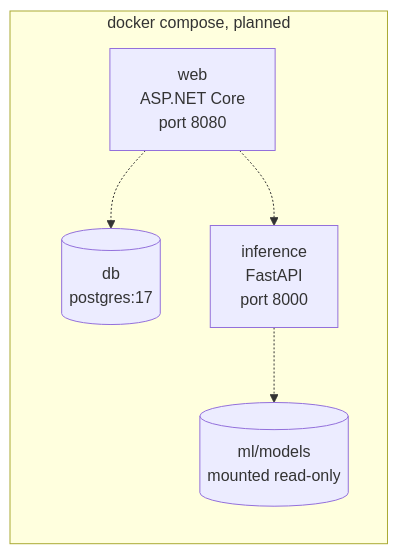
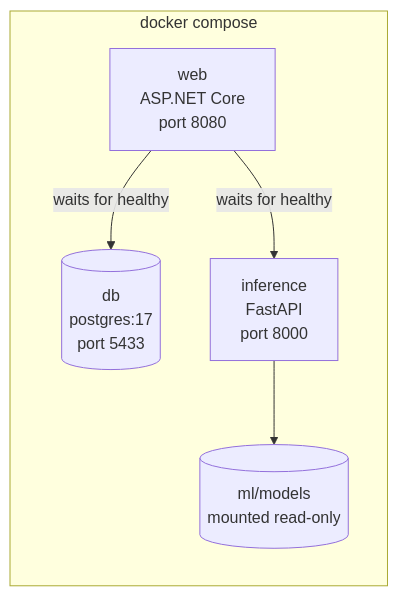
The second of 2 diagrams in architecture/02-containers.md (dejan3dejan/credit-scoring-dss), drawn with Mermaid before and after one commit. The commit also changed other lines of this file and 41 other files, not shown here.

Commit message:
Run the whole system with one docker compose command

````diff
--- a/architecture/02-containers.md
+++ b/architecture/02-containers.md
@@ -57,12 +38,12 @@
 ```mermaid
 flowchart LR
-    subgraph compose["docker compose, planned"]
+    subgraph compose["docker compose"]
         web2["web<br/>ASP.NET Core<br/>port 8080"]
         inf2["inference<br/>FastAPI<br/>port 8000"]
-        db2[("db<br/>postgres:17")]
+        db2[("db<br/>postgres:17<br/>port 5433")]
         models2[("ml/models<br/>mounted read-only")]
     end
-    web2 -.-> db2
-    web2 -.-> inf2
-    inf2 -.-> models2
+    web2 -- "waits for healthy" --> db2
+    web2 -- "waits for healthy" --> inf2
+    inf2 --> models2
 ```
````
